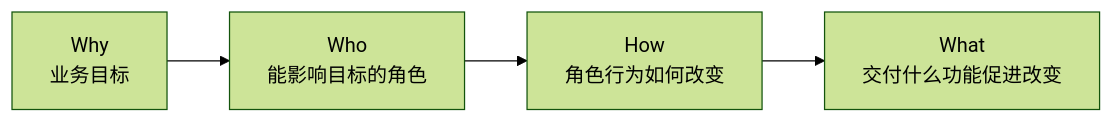
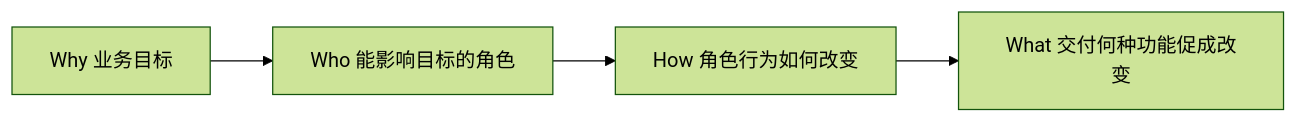
One commit to Sj-g/obsidian changed the third of 7 diagrams in 计算机相关学习/需求/需求拆分和需求分析.md. Above: the diagram before and after it, drawn with Mermaid (forest theme). The commit also changed other lines of this file and 4 other files, not shown here.

````diff
--- a/计算机相关学习/需求/需求拆分和需求分析.md
+++ b/计算机相关学习/需求/需求拆分和需求分析.md
@@ -89,6 +111,6 @@
 ```mermaid
 flowchart LR
-    W["Why<br/>业务目标"] --> WHO["Who<br/>能影响目标的角色"]
-    WHO --> H["How<br/>角色行为如何改变"]
-    H --> WHAT["What<br/>交付什么功能促进改变"]
+    W["Why 业务目标"] --> WHO["Who 能影响目标的角色"]
+    WHO --> H["How 角色行为如何改变"]
+    H --> WHAT["What 交付何种功能促成改变"]
 ```
````
